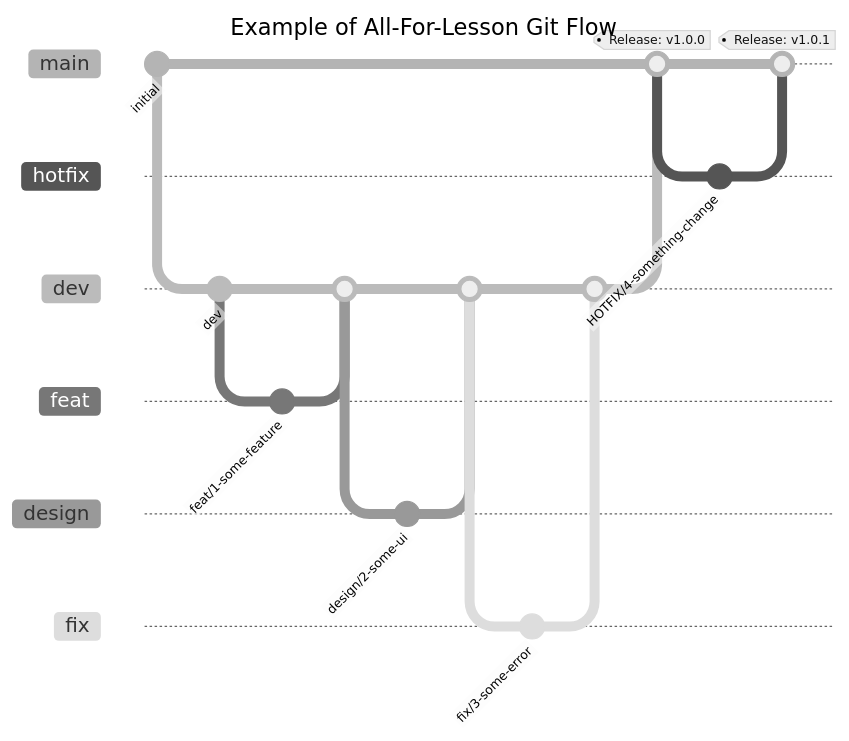
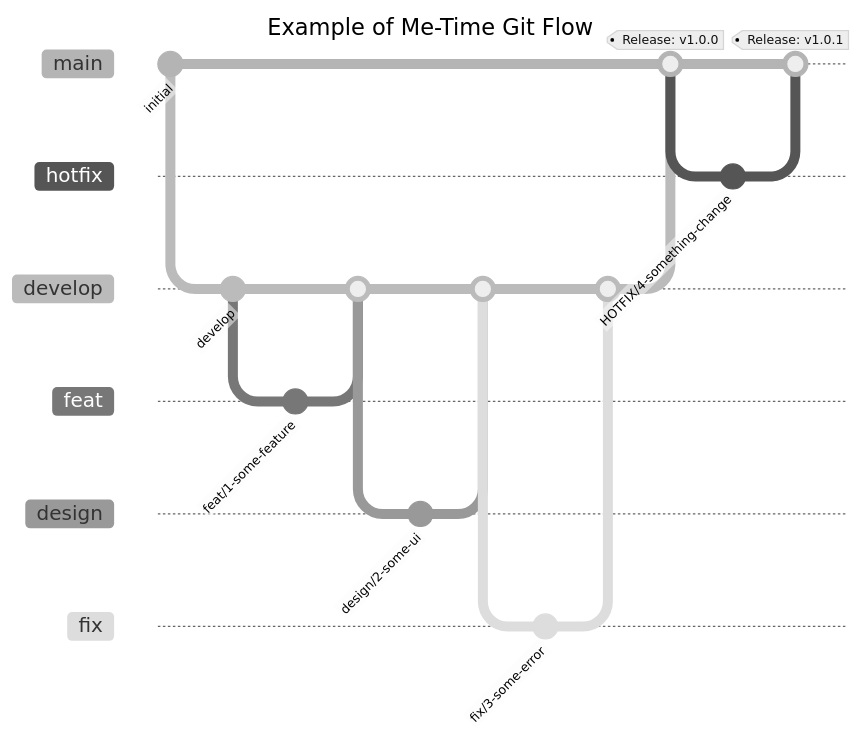
The diagram in README.MD (dev-junehee/me-time), drawn with Mermaid (neutral theme) before and after one commit. The commit also changed other lines of this file, not shown here.

````diff
--- a/README.MD
+++ b/README.MD
@@ -70,27 +71,27 @@
 ```mermaid
 ---
-title: Example of All-For-Lesson Git Flow
+title: Example of Me-Time Git Flow
 ---
 gitGraph
    commit id: "initial"
-   branch dev order: 2
-   commit id: "dev"
+   branch develop order: 2
+   commit id: "develop"
    branch feat order: 3
    commit id: "feat/1-some-feature"
-   checkout dev
+   checkout develop
    merge feat
    branch design order: 4
    commit id: "design/2-some-ui"
-   checkout dev
+   checkout develop
    merge design
    branch fix order: 5
    commit id: "fix/3-some-error"
-   checkout dev
+   checkout develop
    merge fix
    checkout main
-   merge dev tag: "Release: v1.0.0"
+   merge develop tag: "Release: v1.0.0"
    branch hotfix order: 1
    commit id: "HOTFIX/4-something-change"
    checkout main
    merge hotfix tag: "Release: v1.0.1"
 ```
````
